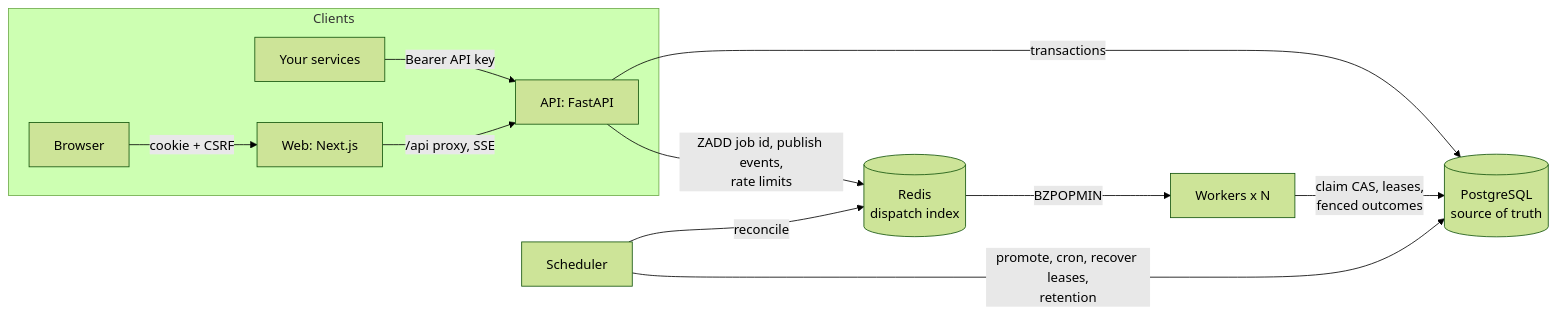
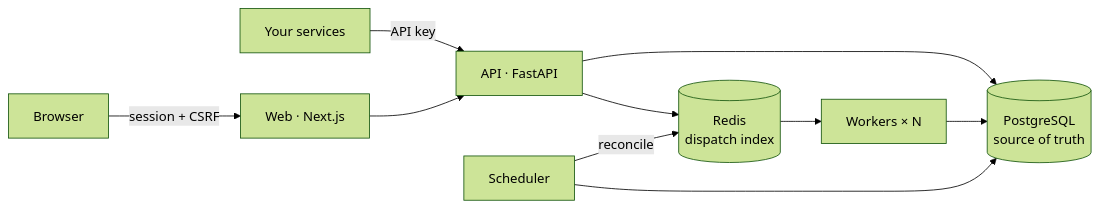
One commit to aryan45sandilya/QueueForge changed the diagram in README.md. Above: the diagram before and after it, drawn with Mermaid (forest theme). The commit also changed other lines of this file, not shown here.

````diff
--- a/README.md
+++ b/README.md
@@ -61,14 +121,12 @@
 ```mermaid
 flowchart LR
-  subgraph Clients
-    B[Browser] -->|cookie + CSRF| W[Web: Next.js]
-    S[Your services] -->|Bearer API key| A
-  end
-  W -->|/api proxy, SSE| A[API: FastAPI]
-  A -->|transactions| PG[(PostgreSQL<br/>source of truth)]
-  A -->|ZADD job id, publish events,<br/>rate limits| R[(Redis<br/>dispatch index)]
-  R -->|BZPOPMIN| K[Workers x N]
-  K -->|claim CAS, leases,<br/>fenced outcomes| PG
-  SC[Scheduler] -->|promote, cron, recover leases,<br/>retention| PG
+  B[Browser] -->|session + CSRF| W[Web · Next.js]
+  S[Your services] -->|API key| A
+  W --> A[API · FastAPI]
+  A --> PG[(PostgreSQL<br/>source of truth)]
+  A --> R[(Redis<br/>dispatch index)]
+  R --> K[Workers × N]
+  K --> PG
+  SC[Scheduler] --> PG
   SC -->|reconcile| R
 ```
````
